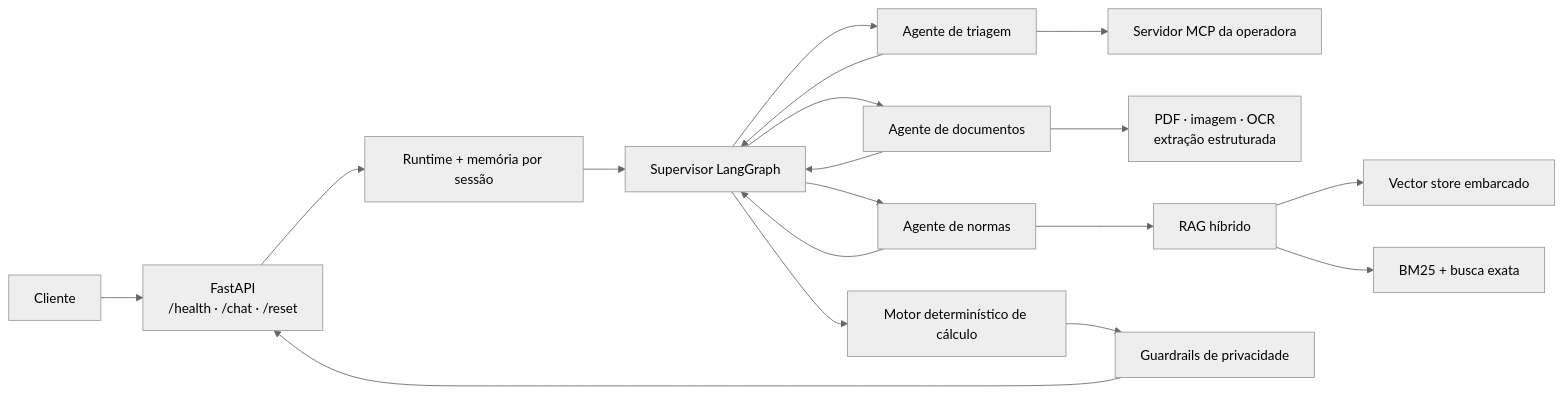
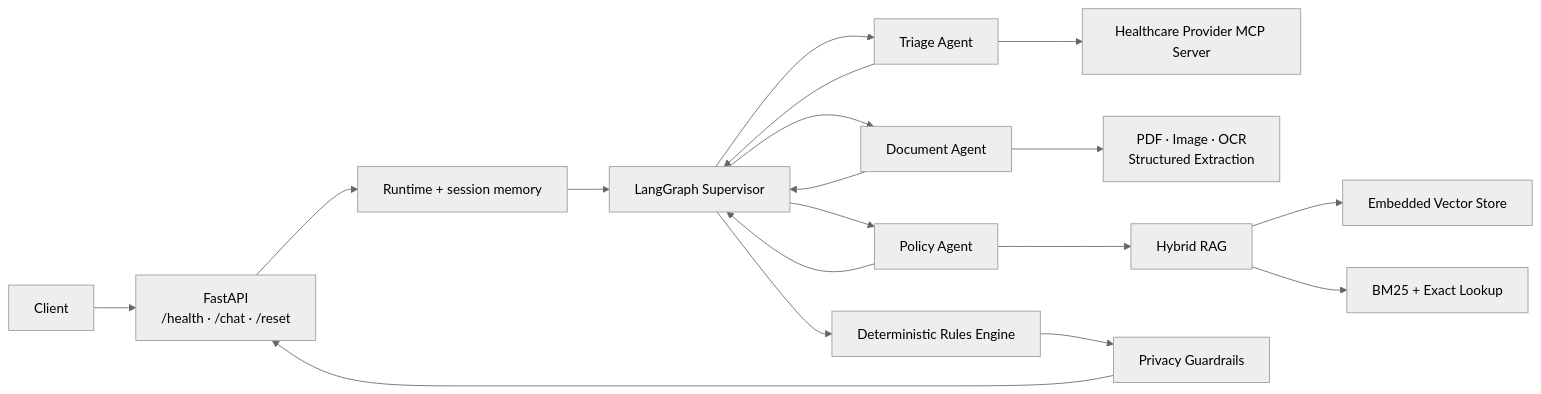
Before and after one commit to Eduardocin/healthcare-reimbursement-agent: the diagram in reembolso-bootcamp-2026/README.md, drawn with Mermaid (neutral theme). The commit also changed other lines of this file, not shown here.

````diff
--- a/reembolso-bootcamp-2026/README.md
+++ b/reembolso-bootcamp-2026/README.md
@@ -22,24 +24,24 @@
 ```mermaid
 flowchart LR
-    U[Cliente] --> API[FastAPI<br/>/health · /chat · /reset]
-    API --> RT[Runtime + memória por sessão]
-    RT --> S[Supervisor LangGraph]
+    U[Client] --> API[FastAPI<br/>/health · /chat · /reset]
+    API --> RT[Runtime + session memory]
+    RT --> S[LangGraph Supervisor]
 
-    S --> T[Agente de triagem]
-    T --> MCP[Servidor MCP da operadora]
+    S --> T[Triage Agent]
+    T --> MCP[Healthcare Provider MCP Server]
 
-    S --> D[Agente de documentos]
-    D --> EXT[PDF · imagem · OCR<br/>extração estruturada]
+    S --> D[Document Agent]
+    D --> EXT[PDF · Image · OCR<br/>Structured Extraction]
 
-    S --> N[Agente de normas]
-    N --> RAG[RAG híbrido]
-    RAG --> V[Vector store embarcado]
-    RAG --> B[BM25 + busca exata]
+    S --> N[Policy Agent]
+    N --> RAG[Hybrid RAG]
+    RAG --> V[Embedded Vector Store]
+    RAG --> B[BM25 + Exact Lookup]
 
     T --> S
     D --> S
     N --> S
-    S --> C[Motor determinístico de cálculo]
-    C --> G[Guardrails de privacidade]
+    S --> C[Deterministic Rules Engine]
+    C --> G[Privacy Guardrails]
     G --> API
 ```
````
